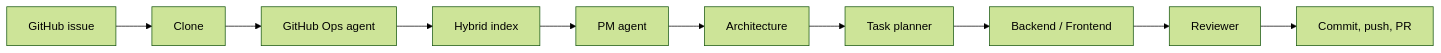
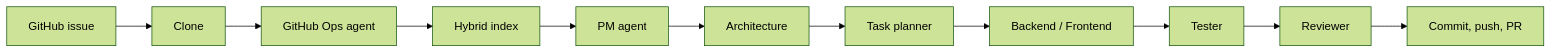
One commit to harikris001/CoCoder changed the diagram in README.md. Above: the diagram before and after it, drawn with Mermaid (forest theme). The commit also changed other lines of this file and 33 other files, not shown here.

````diff
--- a/README.md
+++ b/README.md
@@ -35,12 +35,13 @@
 ```mermaid
 flowchart LR
   issue[GitHub issue] --> ingest[Clone]
   ingest --> gitopsAgent[GitHub Ops agent]
   gitopsAgent --> index[Hybrid index]
   index --> pm[PM agent]
   pm --> arch[Architecture]
   arch --> plan[Task planner]
   plan --> dev[Backend / Frontend]
-  dev --> review[Reviewer]
+  dev --> tester[Tester]
+  tester --> review[Reviewer]
   review --> pr[Commit, push, PR]
 ```
````
